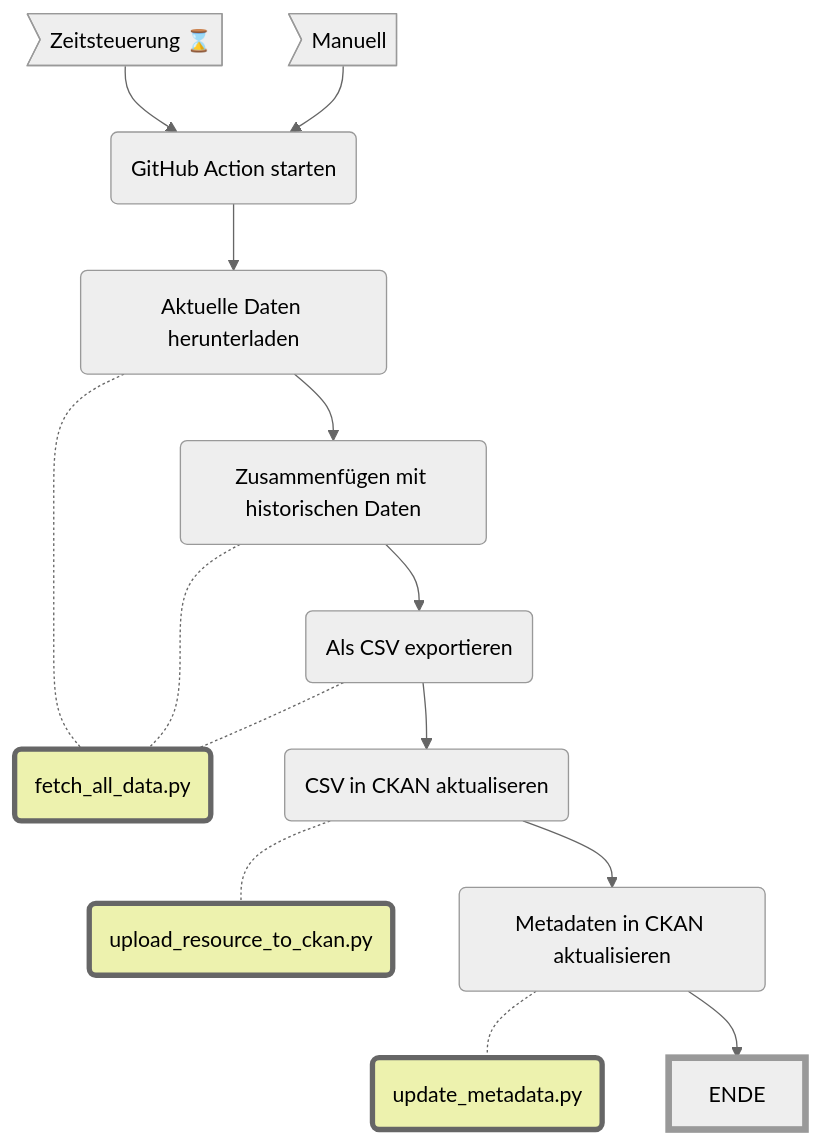
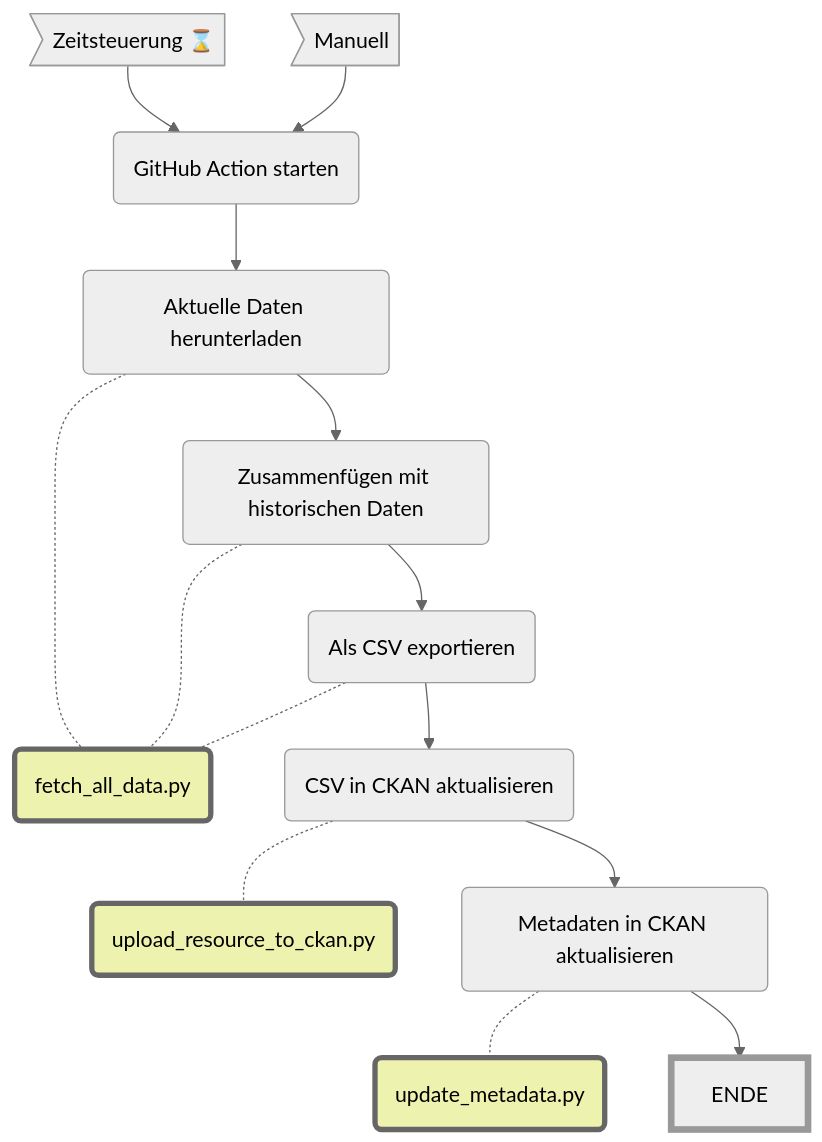
Before and after one commit to opendatazurich/opendatazurich.github.io: the diagram in automation/abstimmungsergebnisse/README.md, drawn with Mermaid (neutral theme). The commit also changed other lines of this file and 2 other files, not shown here.

````diff
--- a/automation/abstimmungsergebnisse/README.md
+++ b/automation/abstimmungsergebnisse/README.md
@@ -20,21 +20,21 @@
 ```mermaid
 flowchart TB
     Zeit>"Zeitsteuerung ⌛️"]
     Manuell>"Manuell"]
     Start(GitHub Action starten)
     Zeit --> Start
     Manuell --> Start
     Start --> DatenHolen(Aktuelle Daten herunterladen)
     DatenHolen --> DatenMergen(Zusammenfügen mit historischen Daten)
 	DatenMergen --> DatenExport(Als CSV exportieren)
 	DatenHolen -.- FetchData(fetch_all_data.py):::script
 	DatenMergen -.- FetchData(fetch_all_data.py):::script
 	DatenExport -.- FetchData(fetch_all_data.py):::script
-    DatenExport --> DataUpdate(CSV in CKAN aktualiseren)
+    DatenExport --> DataUpdate(CSV in CKAN aktualisieren)
     DataUpdate -.- upload(upload_resource_to_ckan.py):::script
     DataUpdate --> MetadataUpdate(Metadaten in CKAN aktualisieren)
     MetadataUpdate -.- updatemetadata(update_metadata.py):::script
     MetadataUpdate --> ENDE
     style ENDE stroke-width:5px
     classDef script fill:#EDF2AE,stroke:#666,stroke-width:4px
 ```
````
